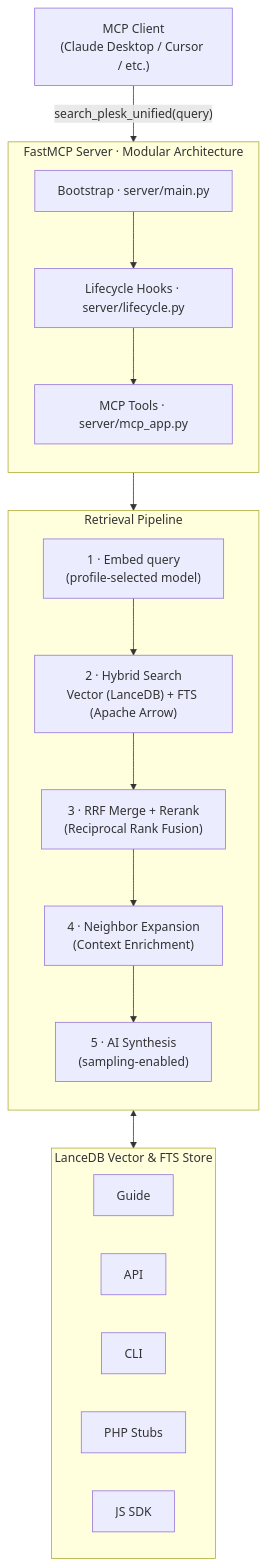
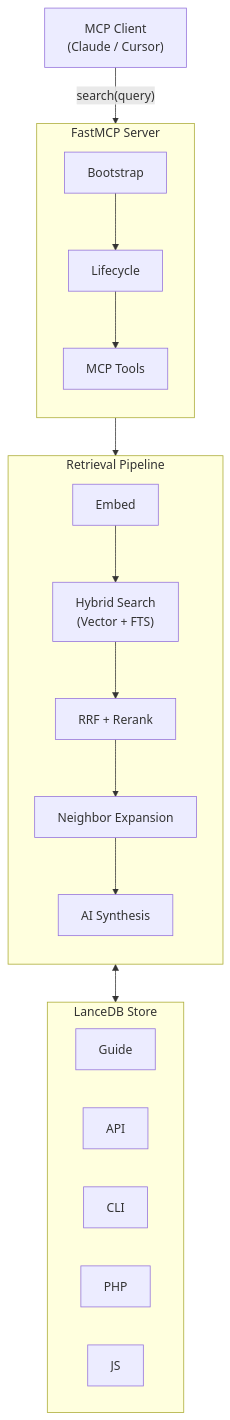
Before and after one commit to barateza/mcp-plesk-dev-docs: the diagram in README.md, drawn with Mermaid. The commit also changed other lines of this file and 7 other files, not shown here.

````diff
--- a/README.md
+++ b/README.md
@@ -73,37 +21,17 @@
 ```mermaid
 flowchart TD
-    Client["MCP Client\n(Claude Desktop / Cursor / etc.)"]
-
-    Client -->|"search_plesk_unified(query)"| Server
-
-    subgraph Server["FastMCP Server · Modular Architecture"]
+    Client["MCP Client\n(Claude / Cursor)"] -->|"search(query)"| Server
+    subgraph Server["FastMCP Server"]
         direction TB
-        Main["Bootstrap · server/main.py"]
-        Life["Lifecycle Hooks · server/lifecycle.py"]
-        Tools["MCP Tools · server/mcp_app.py"]
-
-        Main --> Life --> Tools
+        Main["Bootstrap"] --> Life["Lifecycle"] --> Tools["MCP Tools"]
     end
-
     subgraph Pipeline["Retrieval Pipeline"]
         direction TB
-        E["1 · Embed query\n(profile-selected model)"]
-        S["2 · Hybrid Search\nVector (LanceDB) + FTS (Apache Arrow)"]
-        R["3 · RRF Merge + Rerank\n(Reciprocal Rank Fusion)"]
-        N["4 · Neighbor Expansion\n(Context Enrichment)"]
-        A["5 · AI Synthesis\n(sampling-enabled)"]
-        E --> S --> R --> N --> A
+        E["Embed"] --> S["Hybrid Search\n(Vector + FTS)"] --> R["RRF + Rerank"] --> N["Neighbor Expansion"] --> A["AI Synthesis"]
     end
-
-    subgraph Store["LanceDB Vector & FTS Store"]
-        direction LR
-        G["Guide"]
-        A_["API"]
-        C["CLI"]
-        P["PHP Stubs"]
-        J["JS SDK"]
+    subgraph Store["LanceDB Store"]
+        G["Guide"] & A_["API"] & C["CLI"] & P["PHP"] & J["JS"]
     end
-
     Tools --> Pipeline
     S <--> Store
 ```
````
